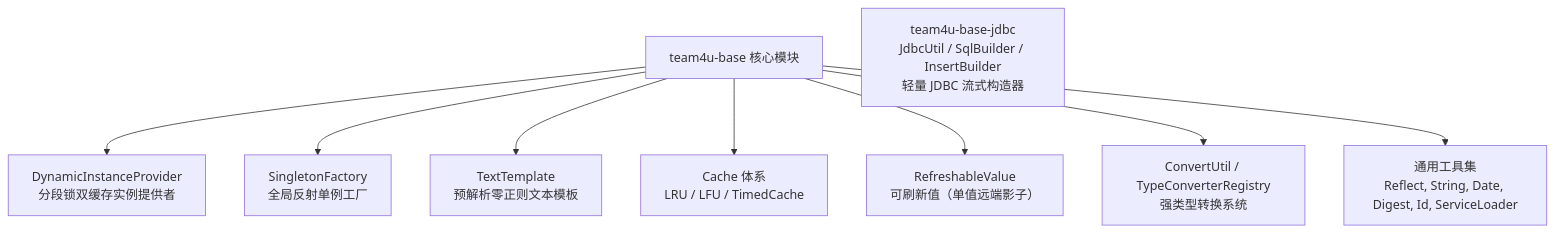
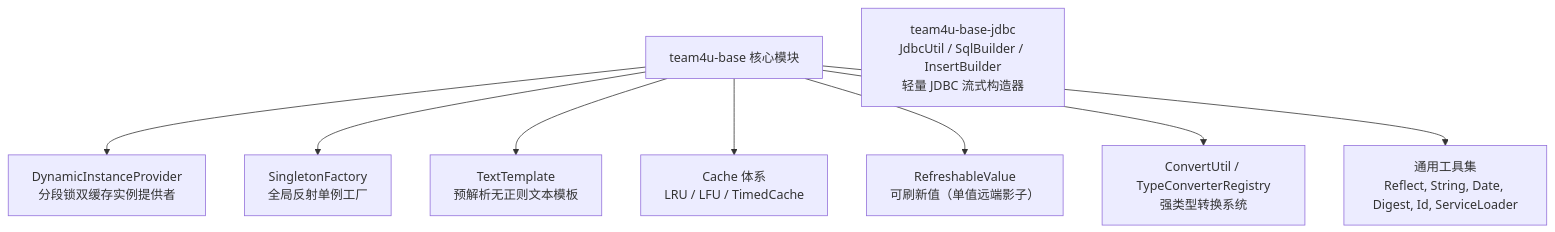
One commit to team4u/team4u-framework changed the diagram in docs/base/README.md. Above: the diagram before and after it, drawn with Mermaid. The commit also changed other lines of this file and 20 other files, not shown here.

````diff
--- a/docs/base/README.md
+++ b/docs/base/README.md
@@ -15,11 +15,11 @@
 ```mermaid
 graph TD
     Base["team4u-base 核心模块"] --> DIP["DynamicInstanceProvider<br/>分段锁双缓存实例提供者"]
     Base --> SF["SingletonFactory<br/>全局反射单例工厂"]
-    Base --> TT["TextTemplate<br/>预解析零正则文本模板"]
+    Base --> TT["TextTemplate<br/>预解析无正则文本模板"]
     Base --> Cache["Cache 体系<br/>LRU / LFU / TimedCache"]
     Base --> RV["RefreshableValue<br/>可刷新值（单值远端影子）"]
     Base --> CU["ConvertUtil / TypeConverterRegistry<br/>强类型转换系统"]
     BaseJdbc["team4u-base-jdbc<br/>JdbcUtil / SqlBuilder / InsertBuilder<br/>轻量 JDBC 流式构造器"]
     Base --> Util["通用工具集<br/>Reflect, String, Date, Digest, Id, ServiceLoader"]
 ```
````
